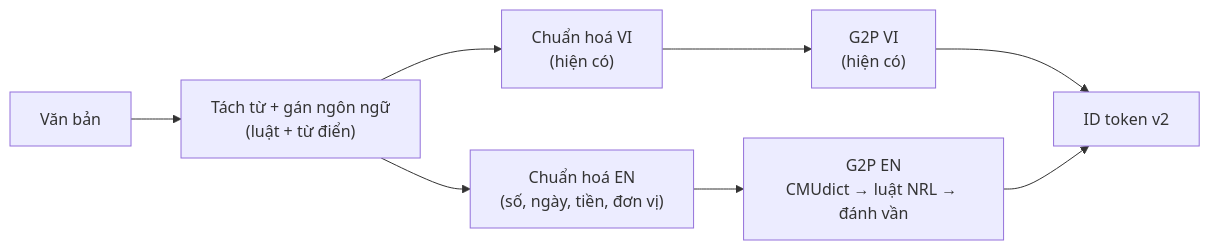
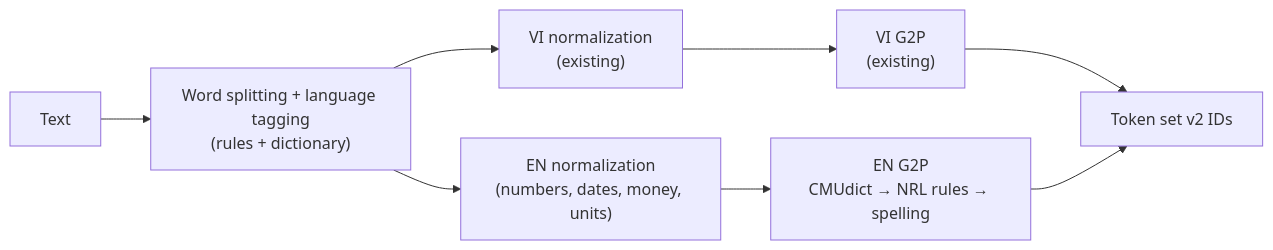
The second of 3 diagrams in docs/design/specs/2026-11-16-bilingual-vi-en-design.md (tuanpmt/vtts), drawn with Mermaid before and after one commit. The commit also changed other lines of this file and 6 other files, not shown here.

````diff
--- a/docs/design/specs/2026-11-16-bilingual-vi-en-design.md
+++ b/docs/design/specs/2026-11-16-bilingual-vi-en-design.md
@@ -90,10 +90,10 @@
 ```mermaid
 flowchart LR
-    T["Văn bản"] --> L["Tách từ + gán ngôn ngữ<br/>(luật + từ điển)"]
-    L --> NV["Chuẩn hoá VI<br/>(hiện có)"]
-    L --> NE["Chuẩn hoá EN<br/>(số, ngày, tiền, đơn vị)"]
-    NV --> GV["G2P VI<br/>(hiện có)"]
-    NE --> GE["G2P EN<br/>CMUdict → luật NRL → đánh vần"]
-    GV --> I["ID token v2"]
+    T["Text"] --> L["Word splitting + language tagging<br/>(rules + dictionary)"]
+    L --> NV["VI normalization<br/>(existing)"]
+    L --> NE["EN normalization<br/>(numbers, dates, money, units)"]
+    NV --> GV["VI G2P<br/>(existing)"]
+    NE --> GE["EN G2P<br/>CMUdict → NRL rules → spelling"]
+    GV --> I["Token set v2 IDs"]
     GE --> I
 ```
````
